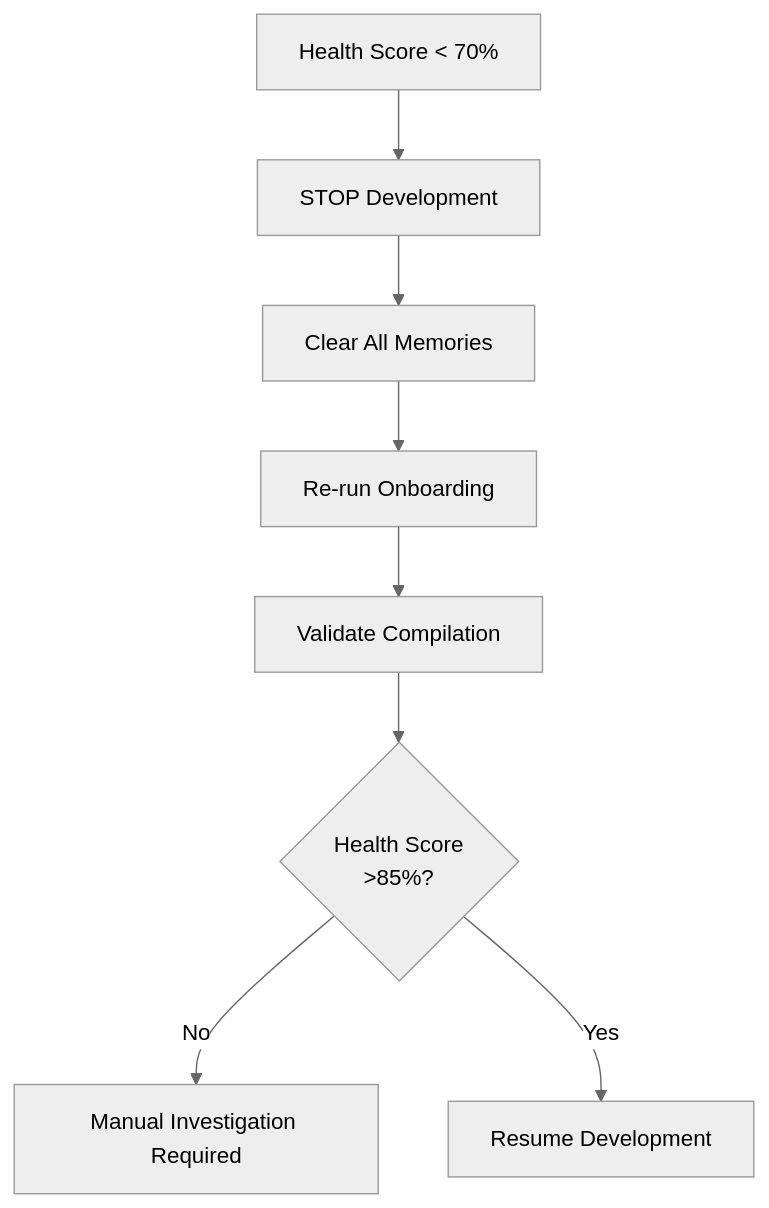
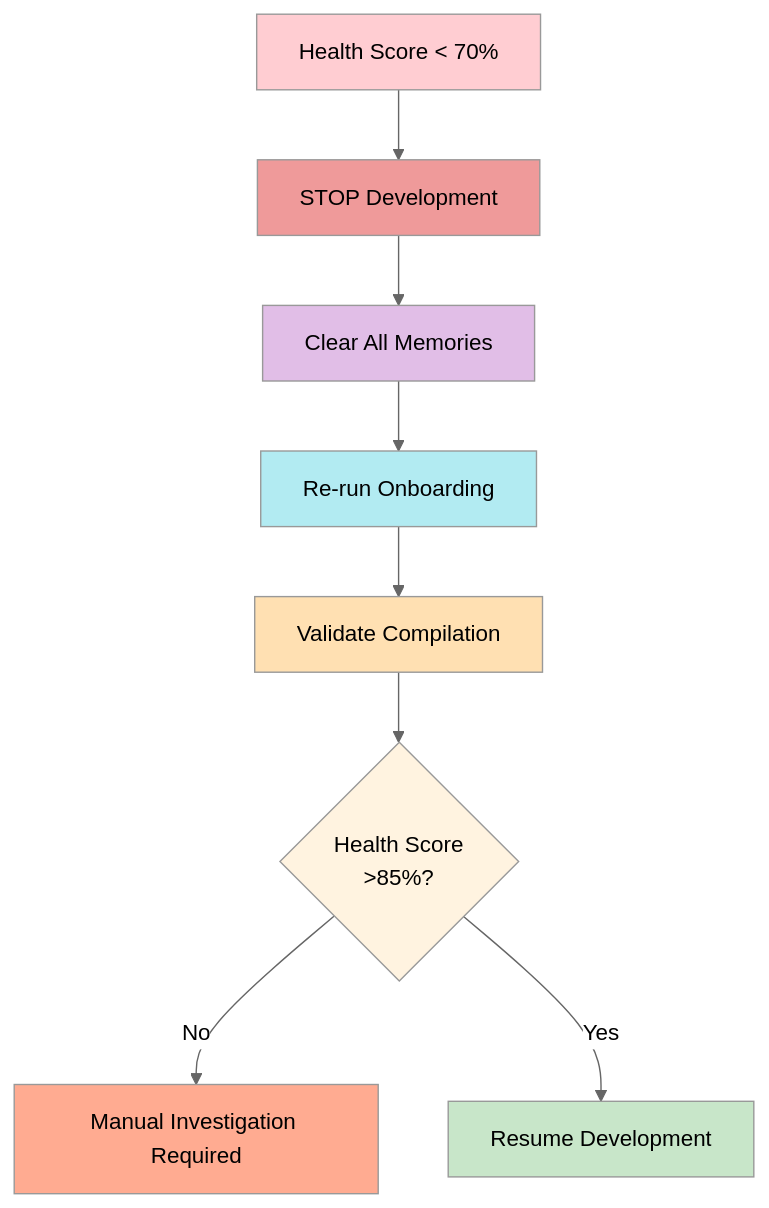
One commit to bprzybys-nc/ctx-eng-plus changed the fourth of 17 diagrams in docs/06-workflow-patterns.md. Above: the diagram before and after it, drawn with Mermaid (neutral theme). The commit also changed other lines of this file and 8 other files, not shown here.

````diff
--- a/docs/06-workflow-patterns.md
+++ b/docs/06-workflow-patterns.md
@@ -273,10 +327,19 @@
 ```mermaid
 graph TD
     A["Health Score < 70%"] --> B["STOP Development"]
     B --> C["Clear All Memories"]
     C --> D["Re-run Onboarding"]
     D --> E["Validate Compilation"]
     E --> F{"Health Score<br/>>85%?"}
     F -->|No| G["Manual Investigation Required"]
     F -->|Yes| H["Resume Development"]
+
+    style A fill:#ffcdd2,color:#000
+    style B fill:#ef9a9a,color:#000
+    style C fill:#e1bee7,color:#000
+    style D fill:#b2ebf2,color:#000
+    style E fill:#ffe0b2,color:#000
+    style F fill:#fff3e0,color:#000
+    style G fill:#ffab91,color:#000
+    style H fill:#c8e6c9,color:#000
 ```
````
